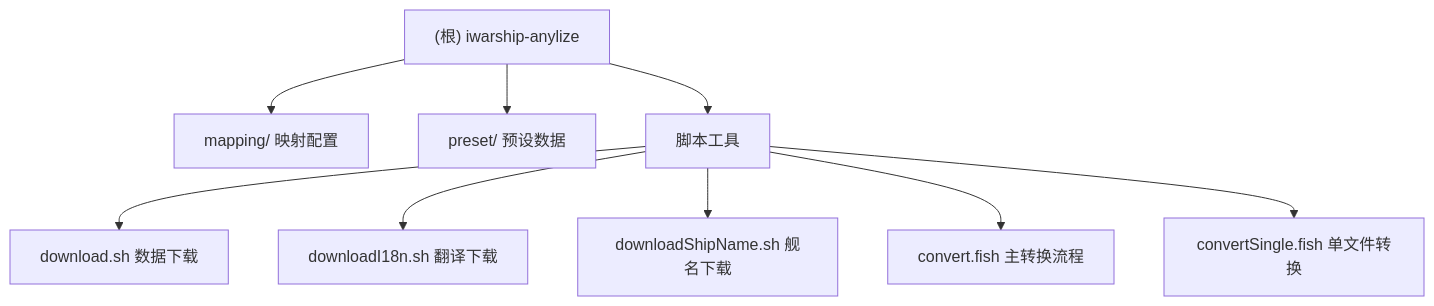
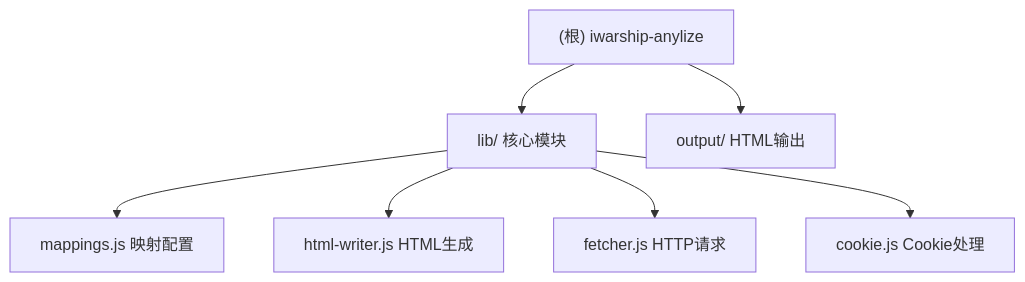
Before and after one commit to stirp/iwarship-anylize: the diagram in CLAUDE.md, drawn with Mermaid. The commit also changed other lines of this file and 25 other files, not shown here.

````diff
--- a/CLAUDE.md
+++ b/CLAUDE.md
@@ -13,15 +13,12 @@
 ```mermaid
 graph TD
-    A["(根) iwarship-anylize"] --> B["mapping/ 映射配置"]
-    A --> C["preset/ 预设数据"]
-    A --> D["脚本工具"]
-    D --> D1["download.sh 数据下载"]
-    D --> D2["downloadI18n.sh 翻译下载"]
-    D --> D3["downloadShipName.sh 舰名下载"]
-    D --> D4["convert.fish 主转换流程"]
-    D --> D5["convertSingle.fish 单文件转换"]
+    A["(根) iwarship-anylize"] --> B["lib/ 核心模块"]
+    A --> C["output/ HTML输出"]
 
-    click B "./mapping/CLAUDE.md" "查看 mapping 模块文档"
-    click C "./preset/CLAUDE.md" "查看 preset 模块文档"
-    click D "./scripts/CLAUDE.md" "查看 scripts 模块文档"
+    B --> B1["mappings.js 映射配置"]
+    B --> B2["html-writer.js HTML生成"]
+    B --> B3["fetcher.js HTTP请求"]
+    B --> B4["cookie.js Cookie处理"]
+
+    click B "./lib/CLAUDE.md" "查看 lib 模块文档"
 ```
````
